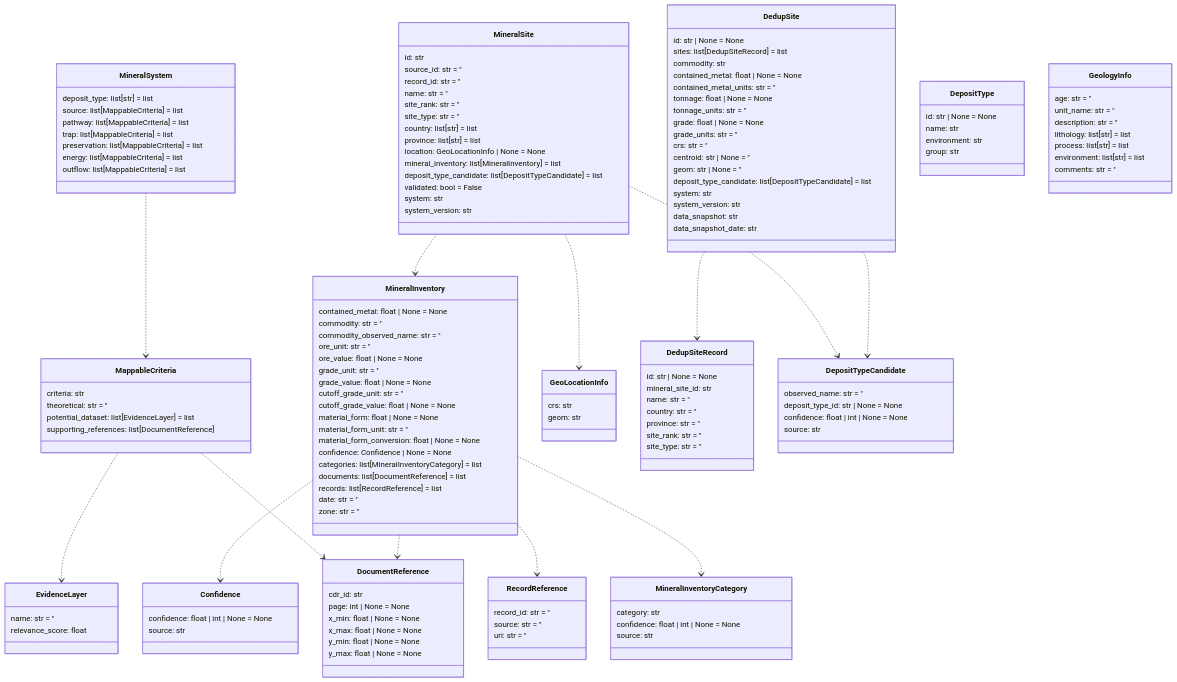
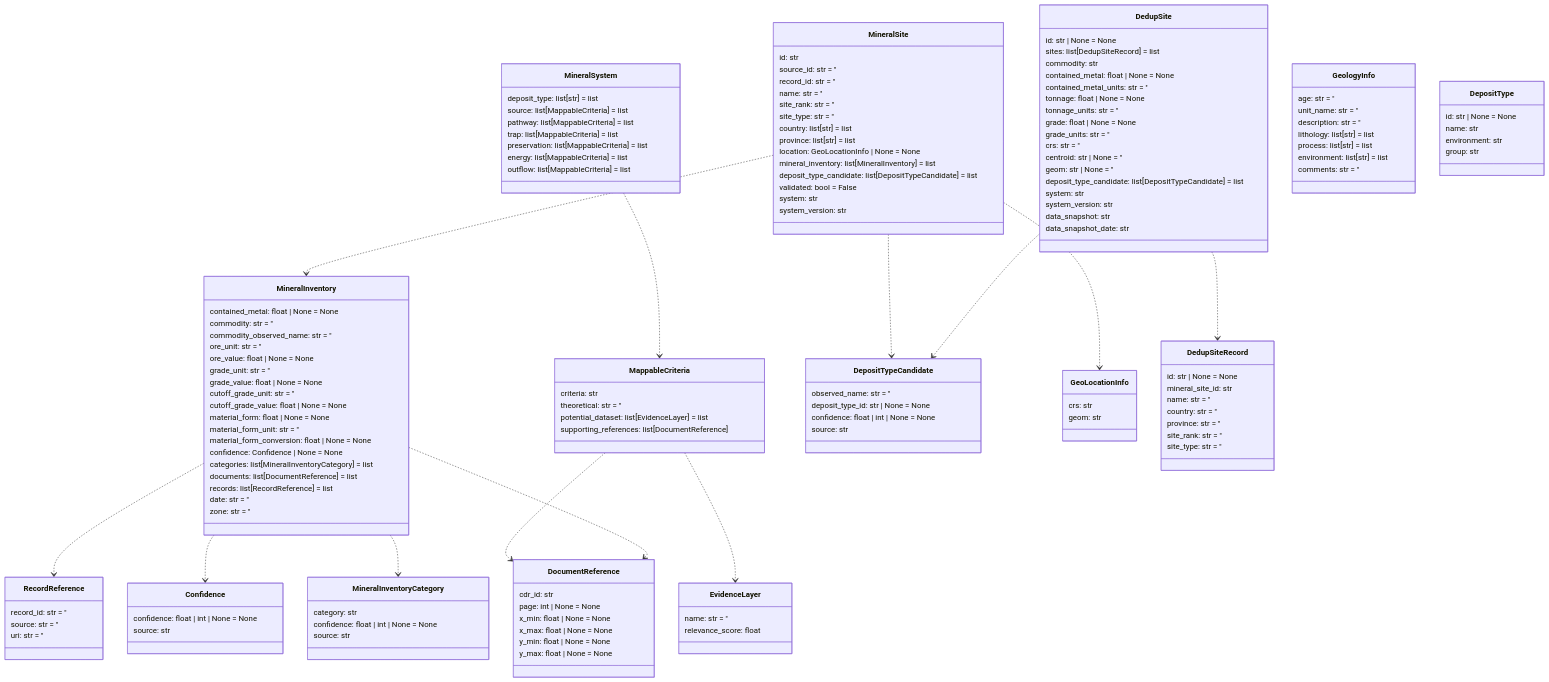
The tenth of 14 diagrams in README.md (DARPA-CRITICALMAAS/cdr_schemas), drawn with Mermaid before and after one commit. The commit also changed other lines of this file and 2 other files, not shown here.

````diff
--- a/README.md
+++ b/README.md
@@ -765,46 +766,11 @@
 ```mermaid
 classDiagram
 
-    class MineralSite {
-        id: str
-        source_id: str = ''
-        record_id: str = ''
-        name: str = ''
-        site_rank: str = ''
-        site_type: str = ''
-        country: list[str] = list
-        province: list[str] = list
-        location: GeoLocationInfo | None = None
-        mineral_inventory: list[MineralInventory] = list
-        deposit_type_candidate: list[DepositTypeCandidate] = list
-        validated: bool = False
-        system: str
-        system_version: str
-    }
-
-    class DedupSite {
-        id: str | None = None
-        sites: list[DedupSiteRecord] = list
-        commodity: str
-        contained_metal: float | None = None
-        contained_metal_units: str = ''
-        tonnage: float | None = None
-        tonnage_units: str = ''
-        grade: float | None = None
-        grade_units: str = ''
-        crs: str = ''
-        centroid: str | None = ''
-        geom: str | None = ''
-        deposit_type_candidate: list[DepositTypeCandidate] = list
-        system: str
-        system_version: str
-        data_snapshot: str
-        data_snapshot_date: str
-    }
-
-    class Confidence {
-        confidence: float | int | None = None
-        source: str
+    class MappableCriteria {
+        criteria: str
+        theoretical: str = ''
+        potential_dataset: list[EvidenceLayer] = list
+        supporting_references: list[DocumentReference]
     }
 
     class MineralInventory {
@@ -828,39 +794,57 @@
         zone: str = ''
     }
 
-    class MappableCriteria {
-        criteria: str
-        theoretical: str = ''
-        potential_dataset: list[EvidenceLayer] = list
-        supporting_references: list[DocumentReference]
-    }
-
-    class GeoLocationInfo {
-        crs: str
-        geom: str
-    }
-
-    class DedupSiteRecord {
-        id: str | None = None
-        mineral_site_id: str
-        name: str = ''
-        country: str = ''
-        province: str = ''
-        site_rank: str = ''
-        site_type: str = ''
-    }
-
     class RecordReference {
         record_id: str = ''
         source: str = ''
         uri: str = ''
     }
 
-    class DepositTypeCandidate {
-        observed_name: str = ''
-        deposit_type_id: str | None = None
+    class DedupSite {
+        id: str | None = None
+        sites: list[DedupSiteRecord] = list
+        commodity: str
+        contained_metal: float | None = None
+        contained_metal_units: str = ''
+        tonnage: float | None = None
+        tonnage_units: str = ''
+        grade: float | None = None
+        grade_units: str = ''
+        crs: str = ''
+        centroid: str | None = ''
+        geom: str | None = ''
+        deposit_type_candidate: list[DepositTypeCandidate] = list
+        system: str
+        system_version: str
+        data_snapshot: str
+        data_snapshot_date: str
+    }
+
+    class MineralSite {
+        id: str
+        source_id: str = ''
+        record_id: str = ''
+        name: str = ''
+        site_rank: str = ''
+        site_type: str = ''
+        country: list[str] = list
+        province: list[str] = list
+        location: GeoLocationInfo | None = None
+        mineral_inventory: list[MineralInventory] = list
+        deposit_type_candidate: list[DepositTypeCandidate] = list
+        validated: bool = False
+        system: str
+        system_version: str
+    }
+
+    class Confidence {
         confidence: float | int | None = None
         source: str
+    }
+
+    class EvidenceLayer {
+        name: str = ''
+        relevance_score: float
     }
 
     class MineralSystem {
@@ -873,15 +857,26 @@
         outflow: list[MappableCriteria] = list
     }
 
-    class EvidenceLayer {
-        name: str = ''
-        relevance_score: float
+    class DepositTypeCandidate {
+        observed_name: str = ''
+        deposit_type_id: str | None = None
+        confidence: float | int | None = None
+        source: str
     }
 
-    class MineralInventoryCategory {
-        category: str
-        confidence: float | int | None = None
-        source: str
+    class GeoLocationInfo {
+        crs: str
+        geom: str
+    }
+
+    class GeologyInfo {
+        age: str = ''
+        unit_name: str = ''
+        description: str = ''
+        lithology: list[str] = list
+        process: list[str] = list
+        environment: list[str] = list
+        comments: str = ''
     }
 
     class DocumentReference {
@@ -900,25 +895,31 @@
         group: str
     }
 
-    class GeologyInfo {
-        age: str = ''
-        unit_name: str = ''
-        description: str = ''
-        lithology: list[str] = list
-        process: list[str] = list
-        environment: list[str] = list
-        comments: str = ''
+    class DedupSiteRecord {
+        id: str | None = None
+        mineral_site_id: str
+        name: str = ''
+        country: str = ''
+        province: str = ''
+        site_rank: str = ''
+        site_type: str = ''
     }
 
+    class MineralInventoryCategory {
+        category: str
+        confidence: float | int | None = None
+        source: str
+    }
+
+    MappableCriteria ..> EvidenceLayer
     MappableCriteria ..> DocumentReference
-    MappableCriteria ..> EvidenceLayer
     MineralSystem ..> MappableCriteria
+    MineralInventory ..> RecordReference
+    MineralInventory ..> Confidence
     MineralInventory ..> MineralInventoryCategory
     MineralInventory ..> DocumentReference
-    MineralInventory ..> RecordReference
-    MineralInventory ..> Confidence
+    MineralSite ..> MineralInventory
     MineralSite ..> GeoLocationInfo
-    MineralSite ..> MineralInventory
     MineralSite ..> DepositTypeCandidate
     DedupSite ..> DedupSiteRecord
     DedupSite ..> DepositTypeCandidate
````
